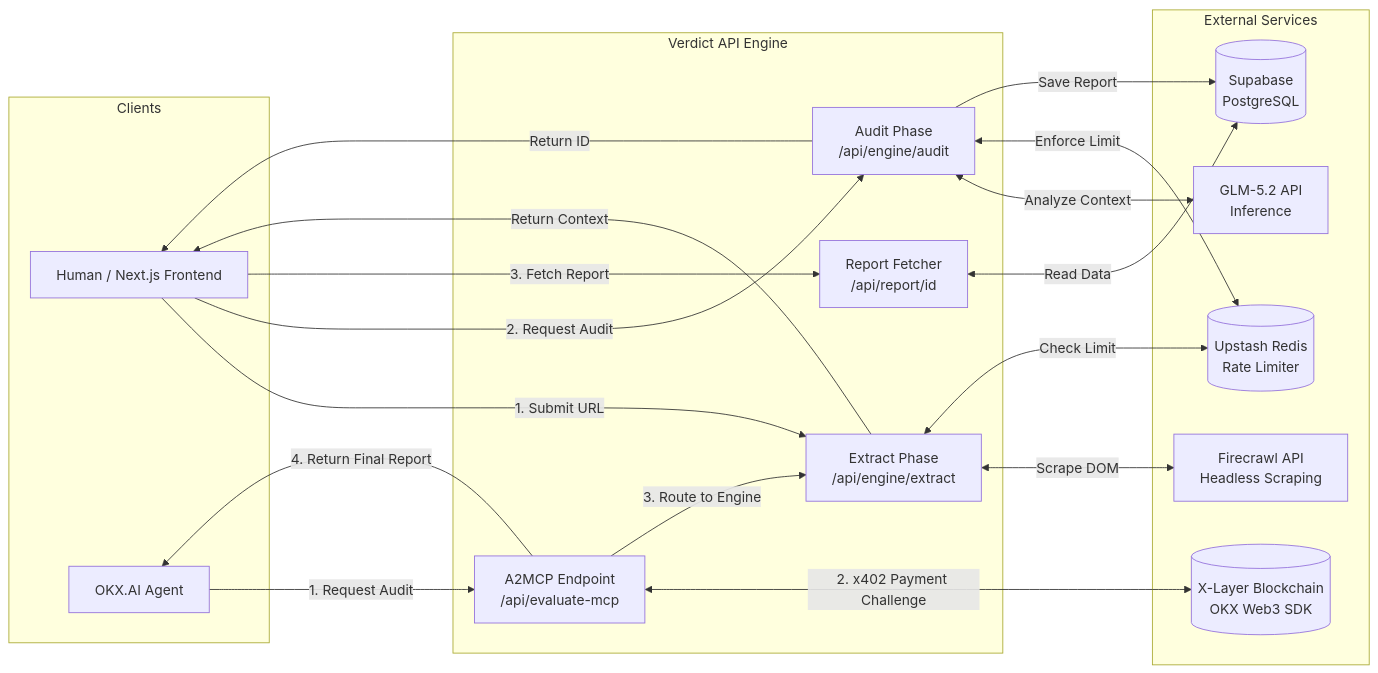
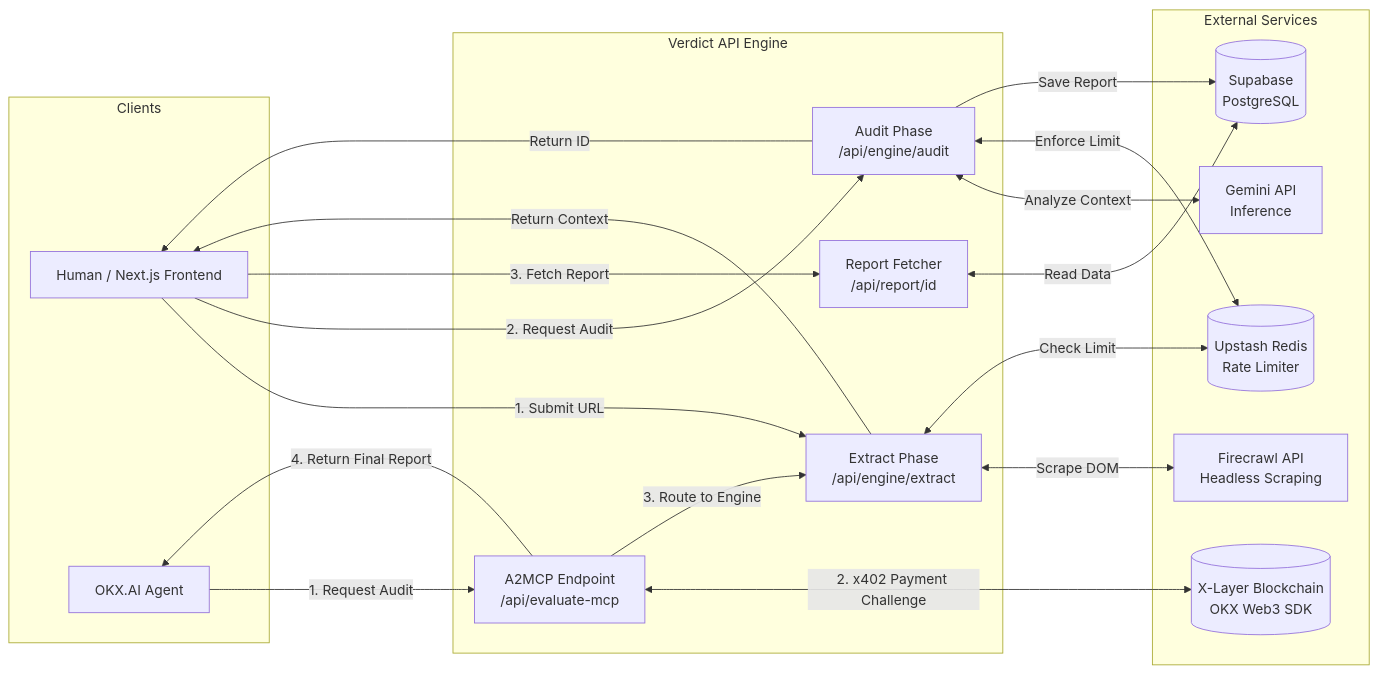
One commit to eugenennamdi/verdict changed the diagram in README.md. Above: the diagram before and after it, drawn with Mermaid. The commit also changed other lines of this file, not shown here.

````diff
--- a/README.md
+++ b/README.md
@@ -63,44 +63,44 @@
 ```mermaid
 flowchart LR
   subgraph Clients
     A[Human / Next.js Frontend]
     Agent[OKX.AI Agent]
   end
 
   subgraph Verdict API Engine
     H[A2MCP Endpoint<br/>/api/evaluate-mcp]
     B[Extract Phase<br/>/api/engine/extract]
     C[Audit Phase<br/>/api/engine/audit]
     I[Report Fetcher<br/>/api/report/id]
   end
 
   subgraph External Services
     D[Firecrawl API<br/>Headless Scraping]
-    E[GLM-5.2 API<br/>Inference]
+    E[Gemini API<br/>Inference]
     F[(Upstash Redis<br/>Rate Limiter)]
     G[(Supabase<br/>PostgreSQL)]
     J[(X-Layer Blockchain<br/>OKX Web3 SDK)]
   end
 
   %% Agent Flow (A2MCP)
   Agent -->|1. Request Audit| H
   H <-->|2. x402 Payment Challenge| J
   H -->|3. Route to Engine| B
   H -->|4. Return Final Report| Agent
 
   %% Human Flow
   A -->|1. Submit URL| B
   A -->|2. Request Audit| C
   A -->|3. Fetch Report| I
   
   %% Internal Data Flow
   I <-->|Read Data| G
   B <-->|Scrape DOM| D
   B <-->|Check Limit| F
   B -->|Return Context| A
   
   C <-->|Analyze Context| E
   C <-->|Enforce Limit| F
   C -->|Save Report| G
   C -->|Return ID| A
 ```
````
